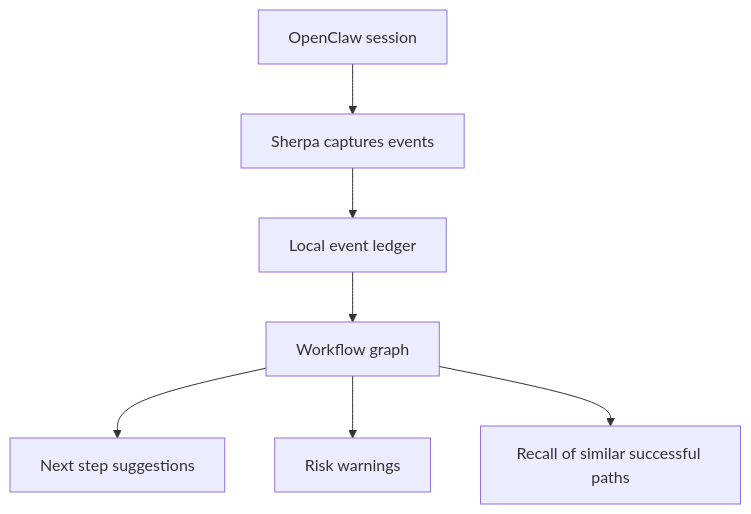
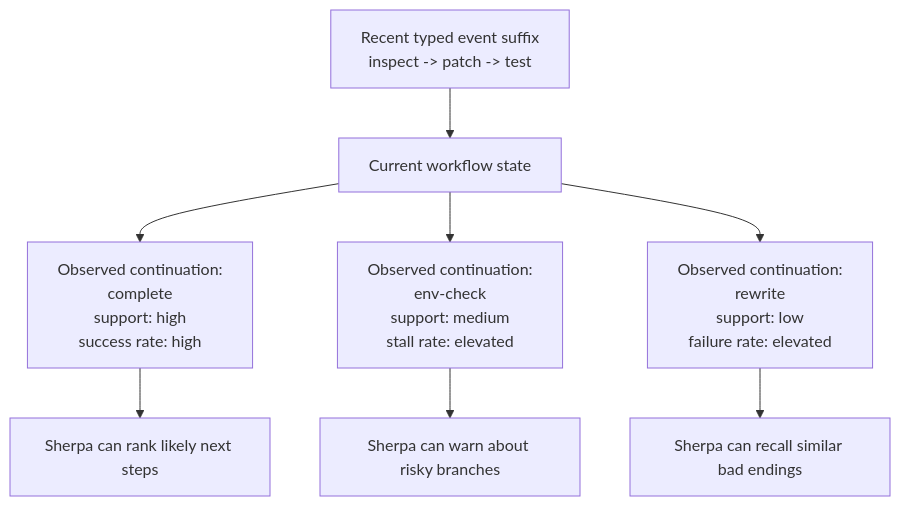
One commit to cbun/sherpa changed the second of 2 diagrams in README.md. Above: the diagram before and after it, drawn with Mermaid. The commit also changed other lines of this file, not shown here.

Commit message:
docs(readme): improve architecture diagrams

````diff
--- a/README.md
+++ b/README.md
@@ -243,9 +268,24 @@
 ```mermaid
 flowchart TD
-  A["OpenClaw session"] --> B["Sherpa captures events"]
-  B --> C["Local event ledger"]
-  C --> D["Workflow graph"]
-  D --> E["Next step suggestions"]
-  D --> F["Risk warnings"]
-  D --> G["Recall of similar successful paths"]
+  A["Recent typed event suffix
+  inspect -> patch -> test"] --> B["Current workflow state"]
+
+  B --> C["Observed continuation:
+  complete
+  support: high
+  success rate: high"]
+
+  B --> D["Observed continuation:
+  env-check
+  support: medium
+  stall rate: elevated"]
+
+  B --> E["Observed continuation:
+  rewrite
+  support: low
+  failure rate: elevated"]
+
+  C --> F["Sherpa can rank likely next steps"]
+  D --> G["Sherpa can warn about risky branches"]
+  E --> H["Sherpa can recall similar bad endings"]
 ```
````
